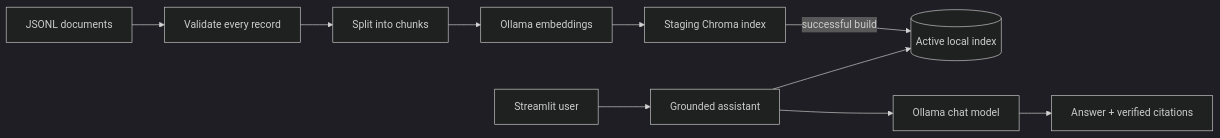
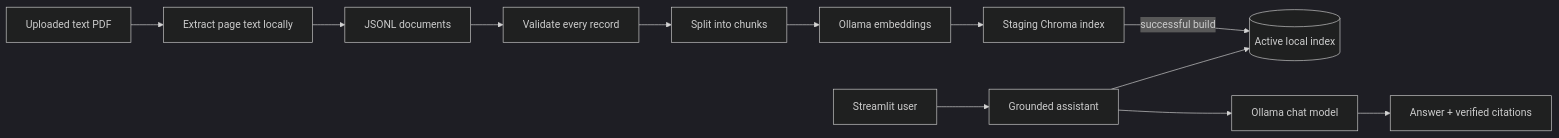
One commit to akrambelajouza/local-agentic-rag-with-ollama changed the first of 2 diagrams in README.md. Above: the diagram before and after it, drawn with Mermaid (dark theme). The commit also changed other lines of this file and 8 other files, not shown here.

````diff
--- a/README.md
+++ b/README.md
@@ -33,13 +33,15 @@
 ```mermaid
 flowchart LR
+    PDF[Uploaded text PDF] --> Extract[Extract page text locally]
+    Extract --> Corpus
     Corpus[JSONL documents] --> Validate[Validate every record]
     Validate --> Chunk[Split into chunks]
     Chunk --> Embed[Ollama embeddings]
     Embed --> Stage[Staging Chroma index]
     Stage -->|successful build| Index[(Active local index)]
 
     User[Streamlit user] --> Agent[Grounded assistant]
     Agent --> Index
     Agent --> Chat[Ollama chat model]
     Chat --> Answer[Answer + verified citations]
 ```
````
